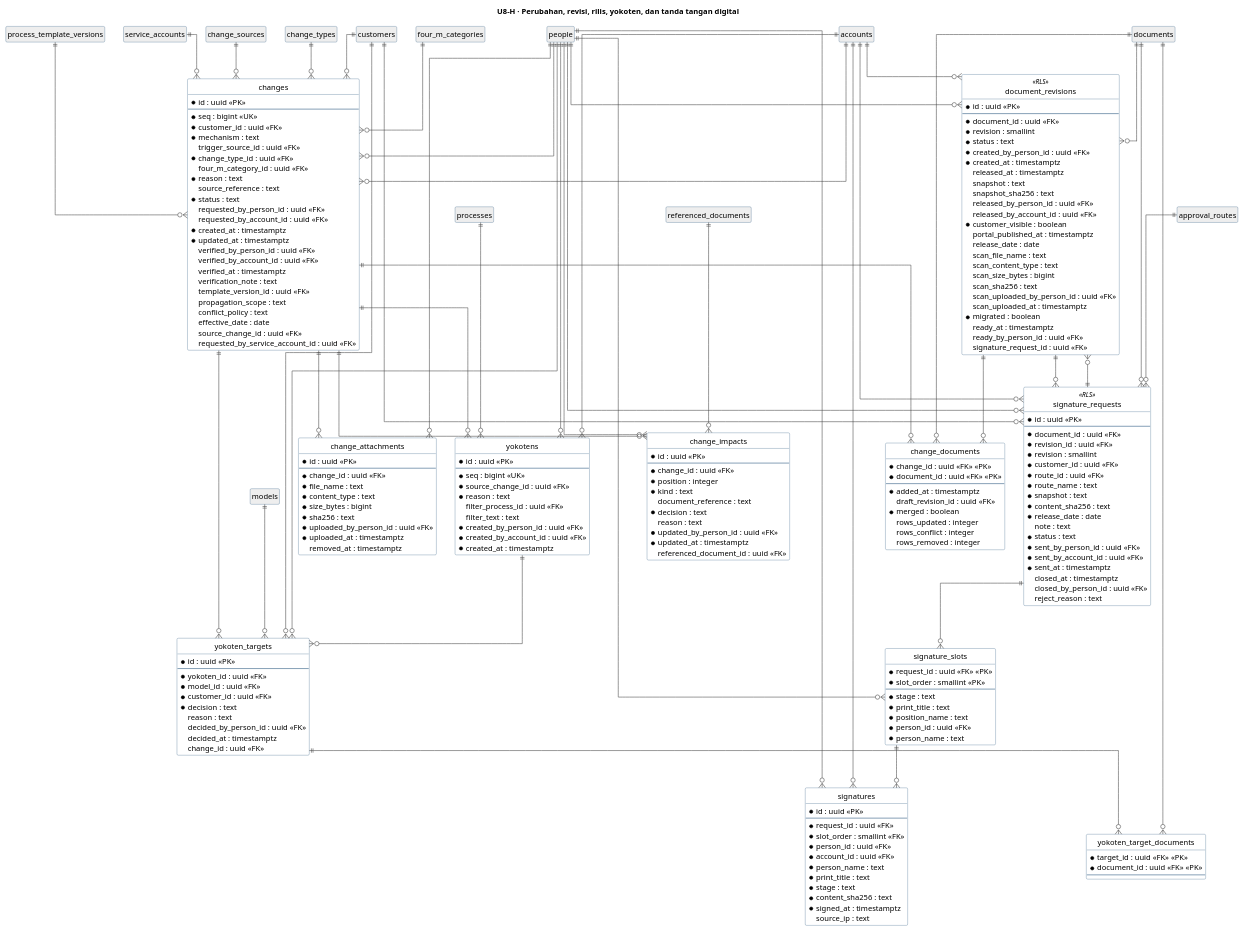
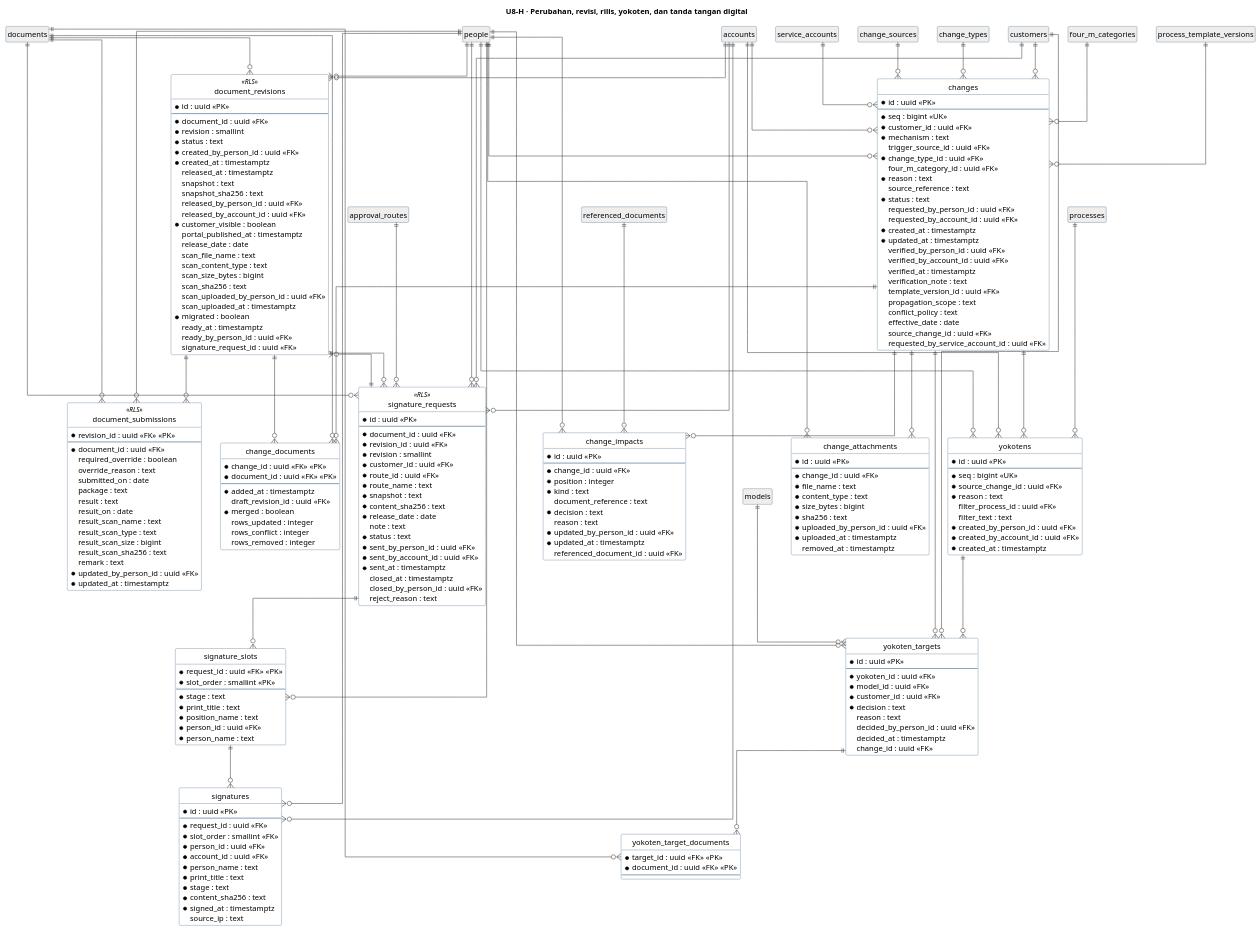
Before and after one commit to dkpauzi/revioten: the eighth of 10 diagrams in docs/uml/U8-erd.puml, drawn with PlantUML. The commit also changed other lines of this file and 69 other files, not shown here.

```diff
--- a/docs/uml/U8-erd.puml
+++ b/docs/uml/U8-erd.puml
@@ -1029,6 +1031,25 @@
   source_ip : text
 }
 
+entity "document_submissions" as document_submissions <<RLS>> {
+  * revision_id : uuid <<FK>> <<PK>>
+  --
+  * document_id : uuid <<FK>>
+  required_override : boolean
+  override_reason : text
+  submitted_on : date
+  package : text
+  result : text
+  result_on : date
+  result_scan_name : text
+  result_scan_type : text
+  result_scan_size : bigint
+  result_scan_sha256 : text
+  remark : text
+  * updated_by_person_id : uuid <<FK>>
+  * updated_at : timestamptz
+}
+
 entity "accounts" as accounts #EEEEEE
 entity "approval_routes" as approval_routes #EEEEEE
 entity "change_sources" as change_sources #EEEEEE
@@ -1063,6 +1084,9 @@
 documents ||--o{ document_revisions
 people ||--o{ document_revisions
 signature_requests ||--o{ document_revisions
+document_revisions ||--o{ document_submissions
+documents ||--o{ document_submissions
+people ||--o{ document_submissions
 accounts ||--o{ signature_requests
 approval_routes ||--o{ signature_requests
 customers ||--o{ signature_requests
```
